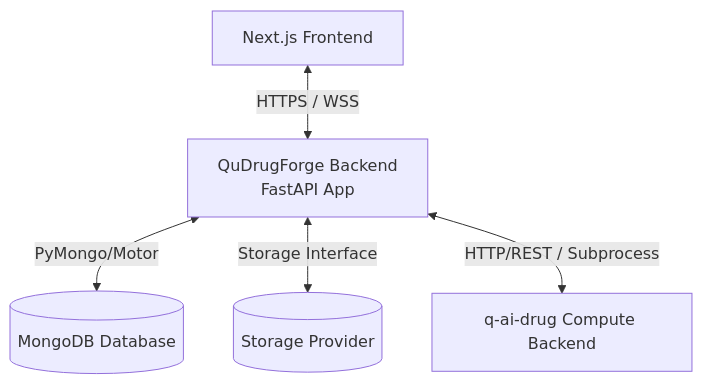
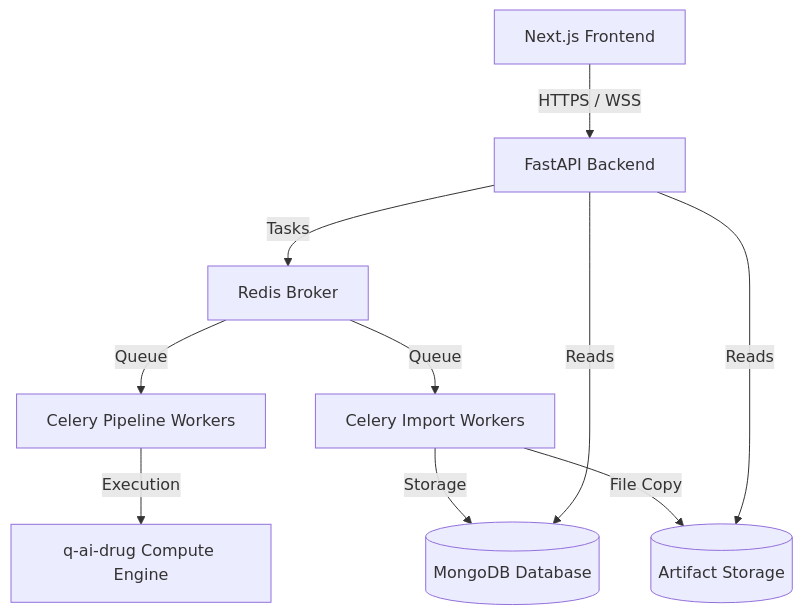
One commit to RSKMN/backend-mnl changed the diagram in qudrugforge-backend/README.md. Above: the diagram before and after it, drawn with Mermaid. The commit also changed other lines of this file and 505 other files, not shown here.

````diff
--- a/qudrugforge-backend/README.md
+++ b/qudrugforge-backend/README.md
@@ -23,7 +23,12 @@
 ```mermaid
 graph TD
-    Client[Next.js Frontend] <--> |HTTPS / WSS| Backend[QuDrugForge Backend<br>FastAPI App]
-    Backend <--> |PyMongo/Motor| DB[(MongoDB Database)]
-    Backend <--> |Storage Interface| FS[(Storage Provider)]
-    Backend <--> |HTTP/REST / Subprocess| Compute[q-ai-drug Compute Backend]
+    Frontend[Next.js Frontend] --> |HTTPS / WSS| FastAPI[FastAPI Backend]
+    FastAPI --> |Tasks| Redis[Redis Broker]
+    Redis --> |Queue| PipelineWorkers[Celery Pipeline Workers]
+    Redis --> |Queue| ImportWorkers[Celery Import Workers]
+    PipelineWorkers --> |Execution| Compute[q-ai-drug Compute Engine]
+    ImportWorkers --> |Storage| MongoDB[(MongoDB Database)]
+    ImportWorkers --> |File Copy| Storage[(Artifact Storage)]
+    FastAPI --> |Reads| MongoDB
+    FastAPI --> |Reads| Storage
 ```
````
